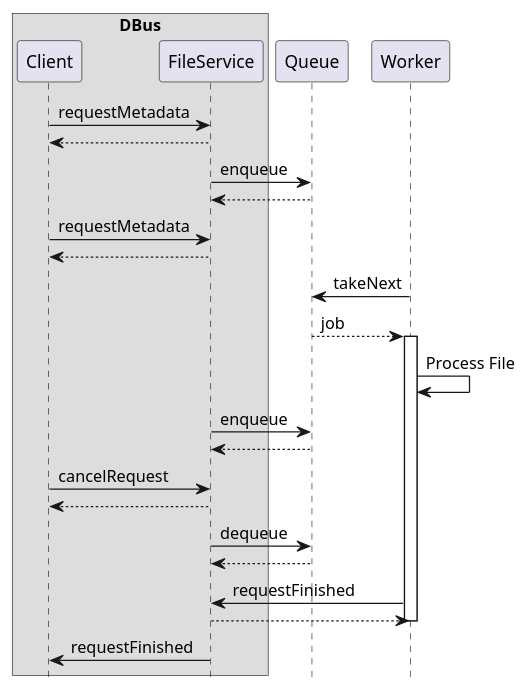
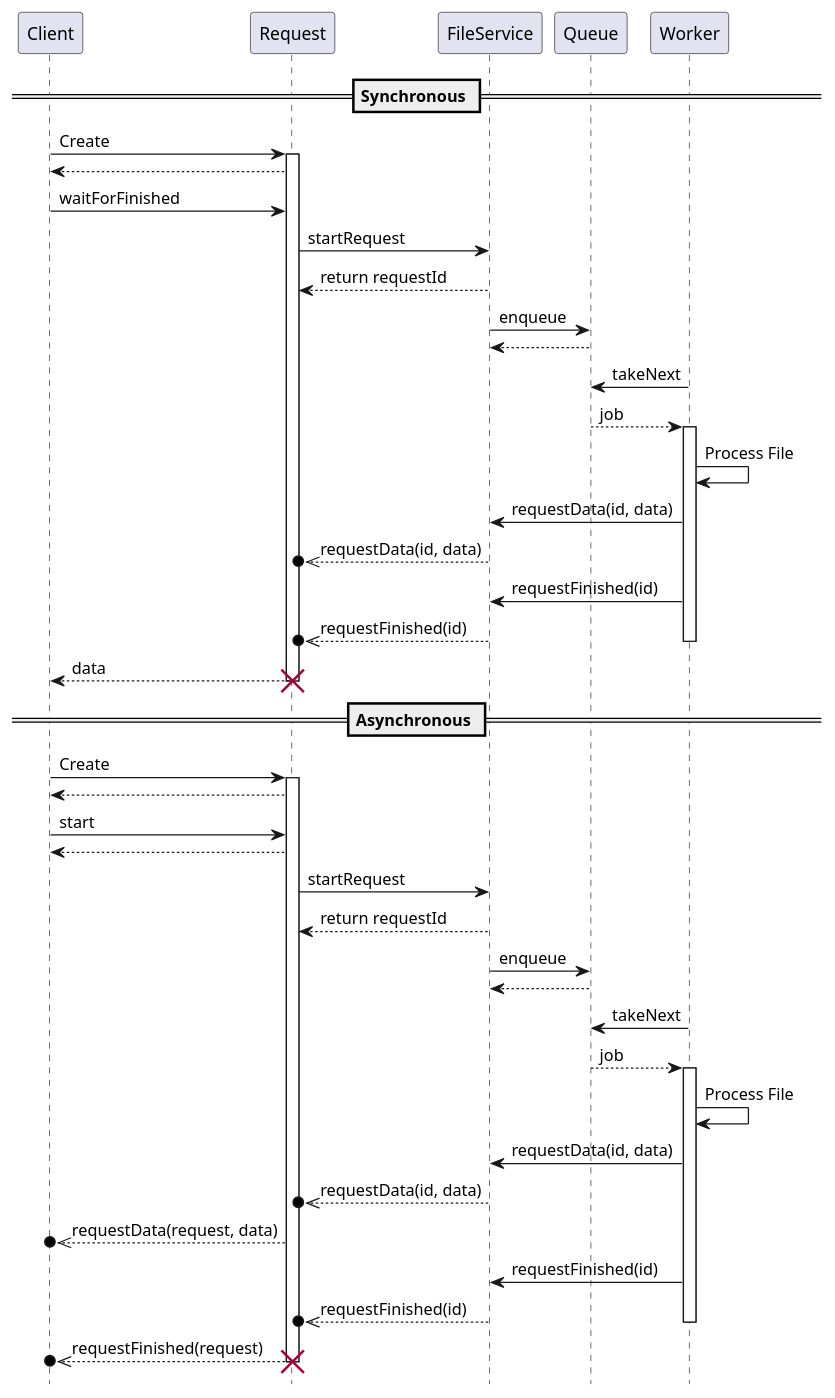
One commit to Ultimaker/libCharon changed the diagram in docs/service_sequence.plantuml. Above: the diagram before and after it, drawn with PlantUML. The commit also changed 3 other files, not shown here.

Commit message:
Update class and sequence diagrams with changes made to the API

```diff
--- a/docs/service_sequence.plantuml
+++ b/docs/service_sequence.plantuml
@@ -1,40 +1,67 @@
 @startuml
 
 hide footbox
 
-box "DBus"
-    participant Client
-    participant FileService
-end box
+== Synchronous ==
 
-Client -> FileService: requestMetadata
-FileService --> Client
+Client -> Request: Create
+activate Request
+Request --> Client
+
+Client -> Request: waitForFinished
+
+Request -> FileService: startRequest
+FileService --> Request: return requestId
 
 FileService -> Queue: enqueue
 Queue --> FileService
-
-Client -> FileService: requestMetadata
-FileService --> Client
 
 Worker -> Queue: takeNext
 Queue --> Worker: job
 
 activate Worker
 Worker -> Worker: Process File
 
+Worker -> FileService: requestData(id, data)
+FileService -->>o Request: requestData(id, data)
+
+Worker -> FileService: requestFinished(id)
+FileService -->>o Request: requestFinished(id)
+deactivate Worker
+
+Request --> Client: data
+destroy Request
+
+== Asynchronous ==
+
+Client -> Request: Create
+activate Request
+Request --> Client
+
+Client -> Request: start
+Request --> Client
+
+Request -> FileService: startRequest
+FileService --> Request: return requestId
+
 FileService -> Queue: enqueue
 Queue --> FileService
 
-Client -> FileService: cancelRequest
-FileService --> Client
+Worker -> Queue: takeNext
+Queue --> Worker: job
 
-FileService -> Queue: dequeue
-Queue --> FileService
+activate Worker
+Worker -> Worker: Process File
 
-Worker -> FileService: requestFinished
-FileService --> Worker
+Worker -> FileService: requestData(id, data)
+FileService -->>o Request: requestData(id, data)
+Request -->>o Client: requestData(request, data)
+
+Worker -> FileService: requestFinished(id)
+FileService -->>o Request: requestFinished(id)
 deactivate Worker
+Request -->>o Client: requestFinished(request)
 
-FileService -> Client: requestFinished
+destroy Request
 
 @enduml
```
